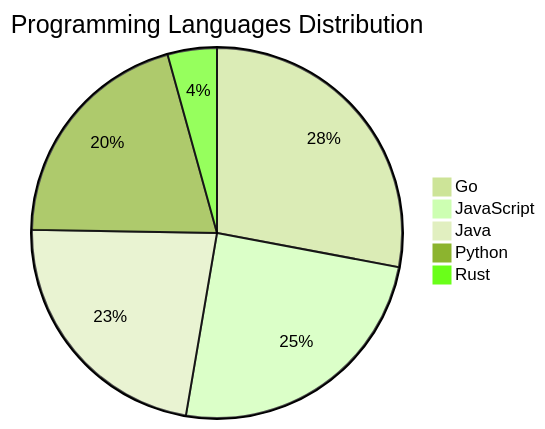
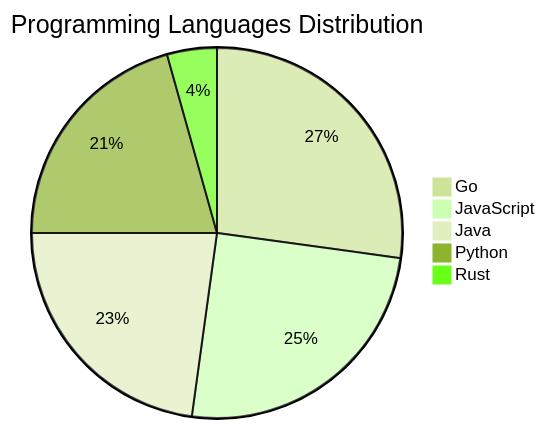
The diagram in README.md (Derrick-MUGISHA/github-activity-bot), drawn with Mermaid (forest theme) before and after one commit. The commit also changed other lines of this file and 3 other files, not shown here.

````diff
--- a/README.md
+++ b/README.md
@@ -69,8 +69,8 @@
 ```mermaid
 pie title Programming Languages Distribution
-    "Go" : 26
+    "Go" : 25
     "JavaScript" : 23
     "Java" : 21
     "Python" : 19
     "Rust" : 4
 ```
````
